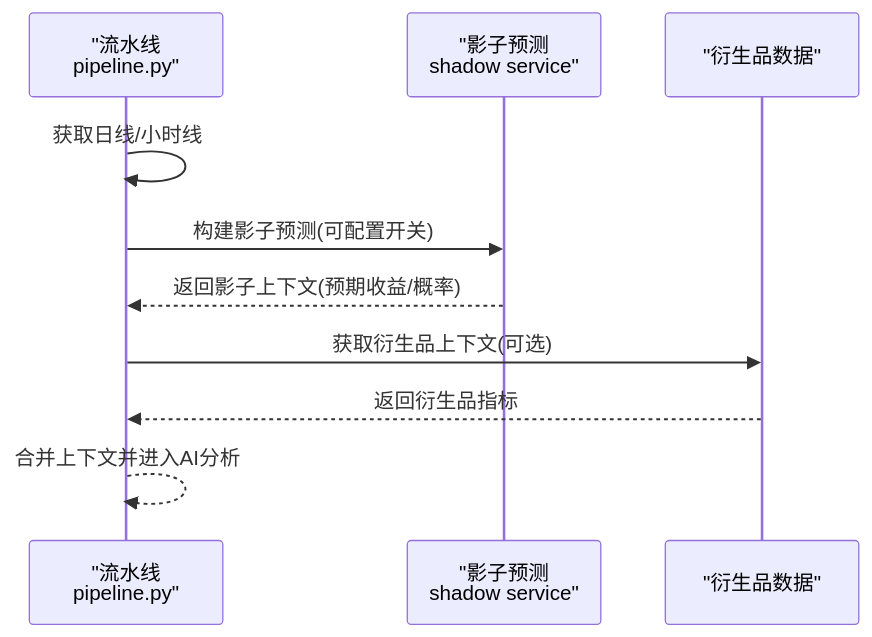
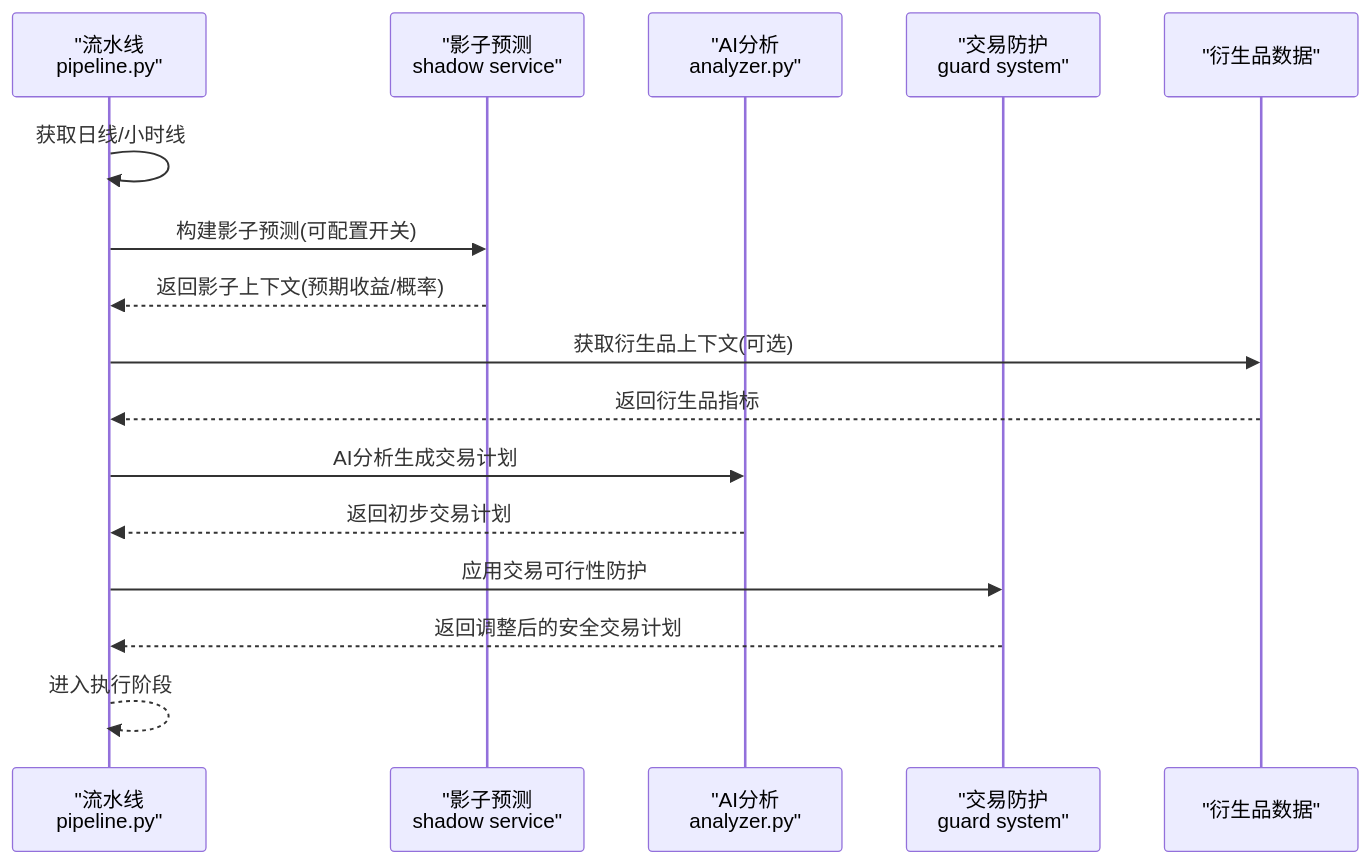
One commit to anYaoooo/daily_stock_analysis changed the sixth of 7 diagrams in .qoder/repowiki/zh/content/数据源集成/加密货币数据源/BTC影子预测服务.md. Above: the diagram before and after it, drawn with Mermaid. The commit also changed other lines of this file and 140 other files, not shown here.

````diff
--- a/.qoder/repowiki/zh/content/数据源集成/加密货币数据源/BTC影子预测服务.md
+++ b/.qoder/repowiki/zh/content/数据源集成/加密货币数据源/BTC影子预测服务.md
@@ -226,12 +272,18 @@
 ```mermaid
 sequenceDiagram
 participant P as "流水线<br/>pipeline.py"
 participant S as "影子预测<br/>shadow service"
+participant A as "AI分析<br/>analyzer.py"
+participant G as "交易防护<br/>guard system"
 participant D as "衍生品数据"
 P->>P : 获取日线/小时线
 P->>S : 构建影子预测(可配置开关)
 S-->>P : 返回影子上下文(预期收益/概率)
 P->>D : 获取衍生品上下文(可选)
 D-->>P : 返回衍生品指标
-P-->>P : 合并上下文并进入AI分析
+P->>A : AI分析生成交易计划
+A-->>P : 返回初步交易计划
+P->>G : 应用交易可行性防护
+G-->>P : 返回调整后的安全交易计划
+P-->>P : 进入执行阶段
 ```
````
